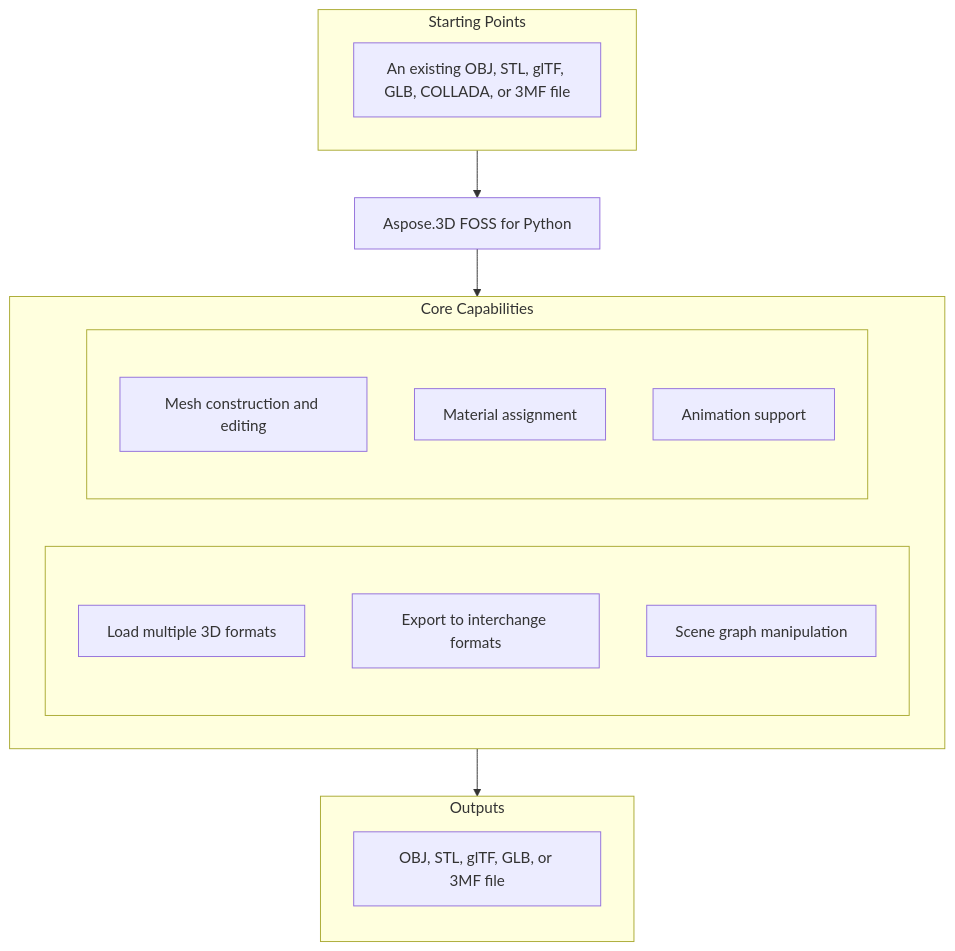
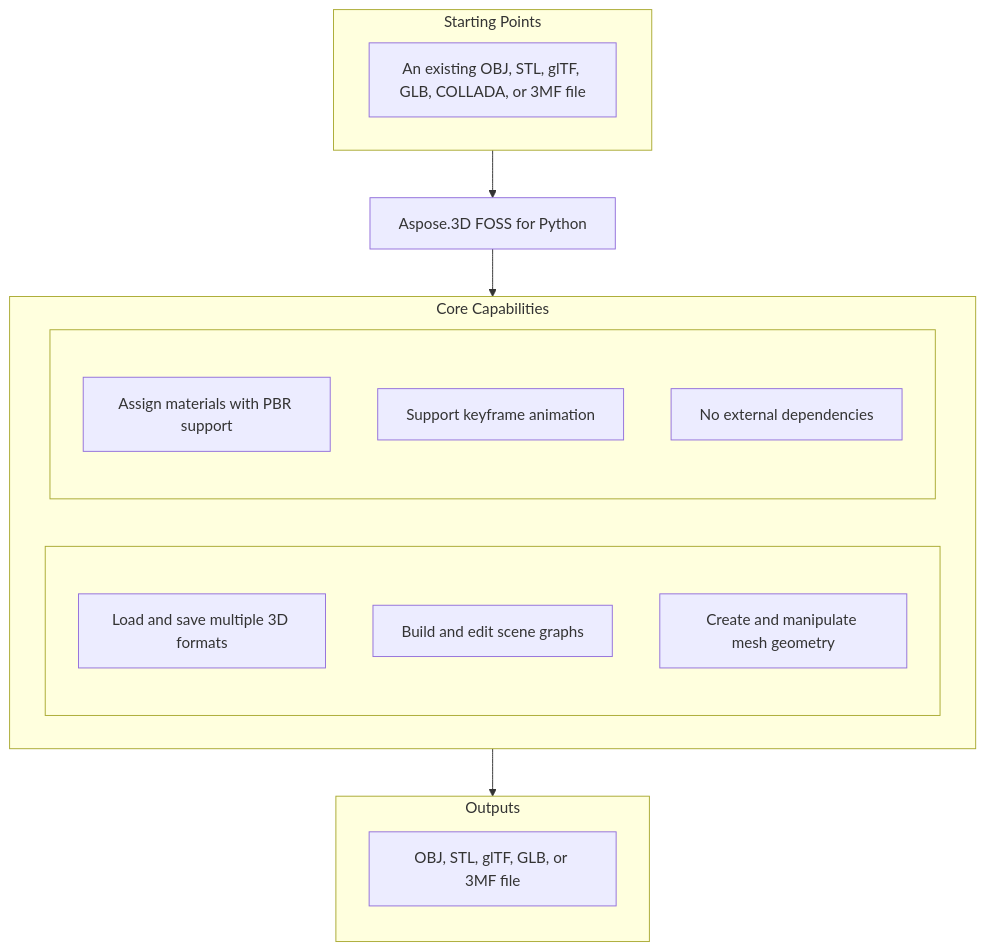
The diagram in candidates/aspose-3d-foss__Aspose.3D-FOSS-for-Python/65b1f577c0f16d0d9112bb6c1153d3024543ac02/README.md (babar-raza/repository-presenter), drawn with Mermaid before and after one commit. The commit also changed other lines of this file and 14 other files, not shown here.

````diff
--- a/candidates/aspose-3d-foss__Aspose.3D-FOSS-for-Python/65b1f577c0f16d0d9112bb6c1153d3024543ac02/README.md
+++ b/candidates/aspose-3d-foss__Aspose.3D-FOSS-for-Python/65b1f577c0f16d0d9112bb6c1153d3024543ac02/README.md
@@ -25,28 +25,28 @@
 ```mermaid
 flowchart TD
   subgraph StartingPoints["Starting Points"]
     direction LR
     i1["An existing OBJ, STL, glTF, GLB, COLLADA, or 3MF file"]
   end
   PRODUCT["Aspose.3D FOSS for Python"]
   subgraph Capabilities["Core Capabilities"]
     direction LR
     subgraph capl[" "]
       direction TB
-      c1["Load multiple 3D formats"]
-      c2["Export to interchange formats"]
-      c3["Scene graph manipulation"]
+      c1["Load and save multiple 3D formats"]
+      c2["Build and edit scene graphs"]
+      c3["Create and manipulate mesh geometry"]
     end
     subgraph capr[" "]
       direction TB
-      c4["Mesh construction and editing"]
-      c5["Material assignment"]
-      c6["Animation support"]
+      c4["Assign materials with PBR support"]
+      c5["Support keyframe animation"]
+      c6["No external dependencies"]
     end
   end
   subgraph Outputs["Outputs"]
     direction TB
     o1["OBJ, STL, glTF, GLB, or 3MF file"]
   end
   StartingPoints --> PRODUCT --> Capabilities --> Outputs
 ```
````
